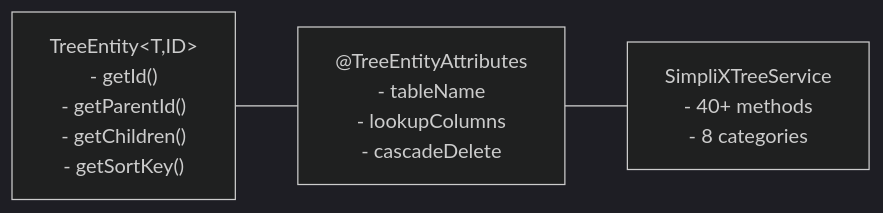
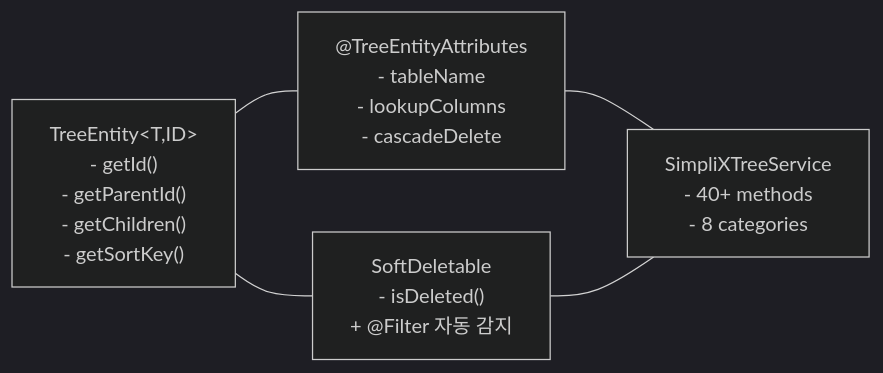
Before and after one commit to simplecore-inc/simplix: the first of 2 diagrams in simplix-core/docs/ko/tree-structure.md, drawn with Mermaid (dark theme). The commit also changed other lines of this file and 9 other files, not shown here.

````diff
--- a/simplix-core/docs/ko/tree-structure.md
+++ b/simplix-core/docs/ko/tree-structure.md
@@ -7,9 +7,12 @@
 ```mermaid
 flowchart LR
     TE["TreeEntity&lt;T,ID&gt;<br/>- getId()<br/>- getParentId()<br/>- getChildren()<br/>- getSortKey()"]
     TEA["@TreeEntityAttributes<br/>- tableName<br/>- lookupColumns<br/>- cascadeDelete"]
+    SD["SoftDeletable<br/>- isDeleted()<br/>+ @Filter 자동 감지"]
     STS["SimpliXTreeService<br/>- 40+ methods<br/>- 8 categories"]
 
     TE --- TEA
+    TE --- SD
     TEA --- STS
+    SD --- STS
 ```
````
